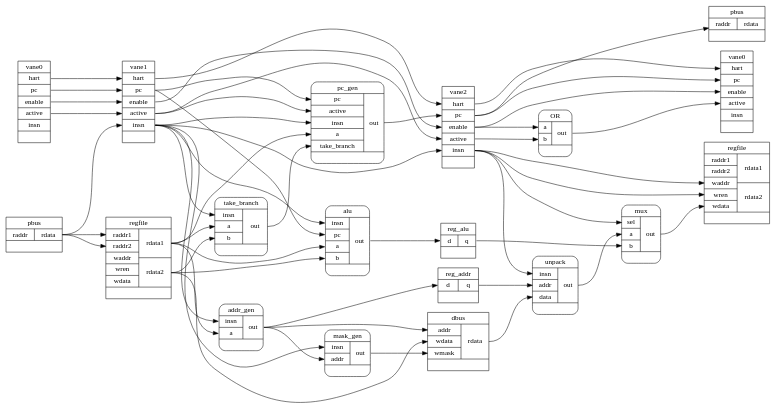
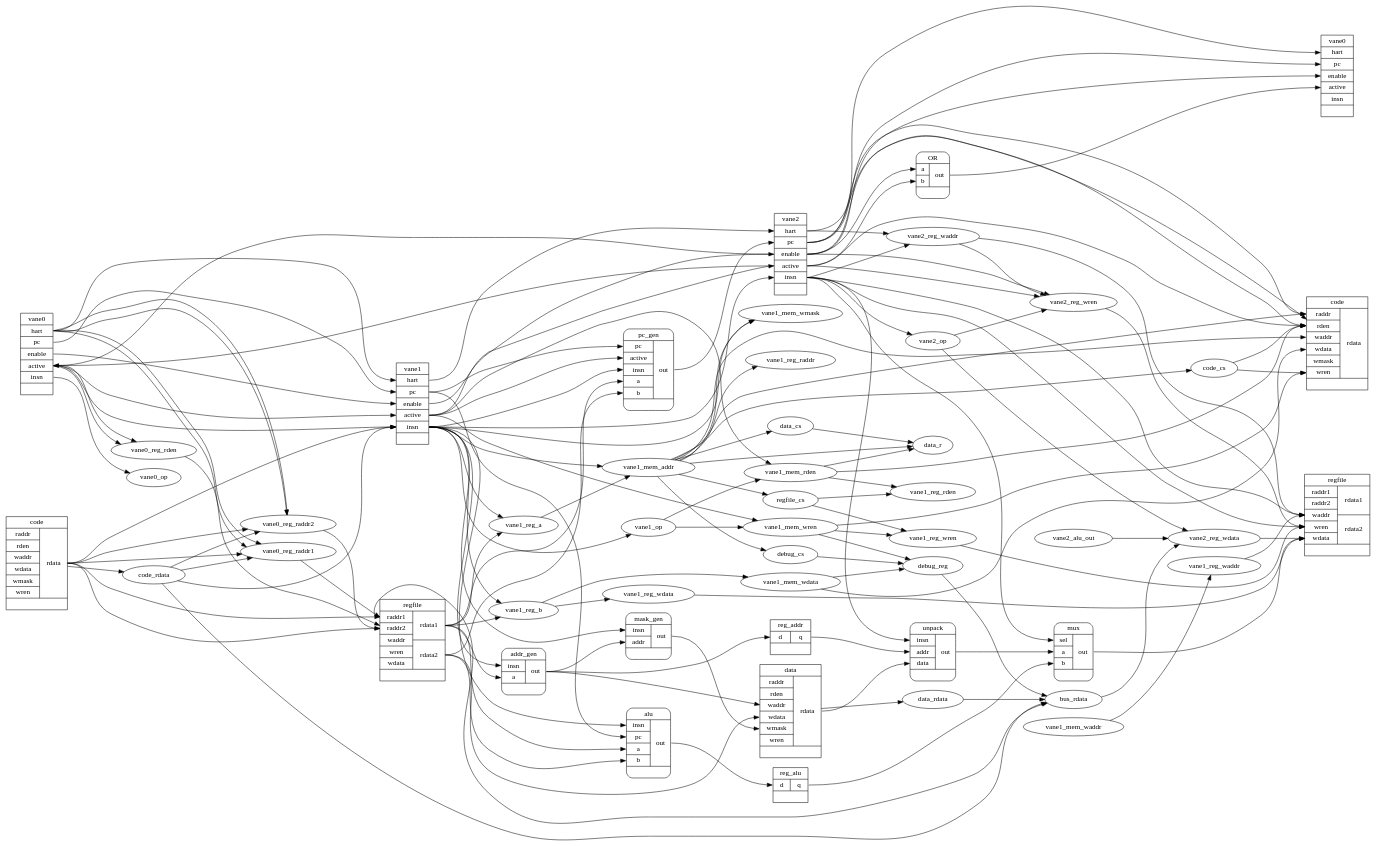
One commit to aappleby/pinwheel changed the diagram in pinwheel_diagram.dot. Above: the diagram before and after it, drawn with Graphviz. The commit also changed 6 other files, not shown here.

```diff
--- a/pinwheel_diagram.dot
+++ b/pinwheel_diagram.dot
@@ -4,29 +4,28 @@
 
     rank="same" {
         vane0
-        pbus_l
+        code_l
     }
 
     rank="same" {
         vane1
-        regfile_r
+        regfile_l
     }
 
     rank="same" {
         vane2
         reg_alu
         reg_addr
-        dbus
+        data
     }
 
     rank="same" {
         vane3
-        regfile_w
-        pbus_r
+        regfile_r
+        code_r
     }
 
     rank="same" {
-        take_branch
         addr_gen
     }
 
@@ -66,10 +65,10 @@
 
     vane2:hart   -> vane3:hart
     vane2:pc     -> vane3:pc
-    vane2:pc     -> pbus_r:addr
+    vane2:pc     -> code_r:addr
     vane2:insn   -> writeback_mux:sel
-    vane2:insn   -> regfile_w:wren
-    vane2:insn   -> regfile_w:waddr
+    vane2:insn   -> regfile_r:wren
+    vane2:insn   -> regfile_r:waddr
     vane2:insn   -> unpack:insn
     vane2:enable -> vane3:enable
     vane2:enable -> OR:a
@@ -80,51 +79,151 @@
 
     //----------
 
-
     vane3 [shape="record" label="<top>vane0|<hart>hart|<pc>pc|<enable>enable|<active>active|<insn>insn|"]
 
     //----------
 
-    take_branch [shape="Mrecord" label="<top>take_branch|{{<insn>insn|<a>a|<b>b}|<out>out}|"]
-
-    vane1:insn -> take_branch:insn
-    regfile_r:rdata1 -> take_branch:a
-    regfile_r:rdata2 -> take_branch:b
-    take_branch:out -> pc_gen:take_branch
-
-    //----------
-
     addr_gen [shape="Mrecord" label="<top>addr_gen|{{<insn>insn|<a>a}|<out>out}|"]
-    addr_gen:out -> dbus:addr
+    addr_gen:out -> data:addr
     addr_gen:out -> reg_addr:d
 
     mask_gen [shape="Mrecord" label="<top>mask_gen|{{<insn>insn|<addr>addr}|<out>out}|"]
     vane1:insn -> mask_gen:insn
     addr_gen:out -> mask_gen:addr
-    mask_gen:out -> dbus:wmask
+    mask_gen:out -> data:wmask
 
     //----------
 
-    pbus_l [shape="record" label="<top>pbus|{<raddr>raddr|<rdata>rdata}|"]
-    pbus_r [shape="record" label="<top>pbus|{<raddr>raddr|<rdata>rdata}|"]
-    pbus_l:rdata -> regfile_r:raddr1
-    pbus_l:rdata -> regfile_r:raddr2
-    pbus_l:rdata -> vane1:insn
+    code_l [shape="record" label="<top>code|{{<raddr>raddr|<rden>rden|<waddr>waddr|<wdata>wdata|<wmask>wmask|<wren>wren}|<rdata>rdata}|"]
+    code_r [shape="record" label="<top>code|{{<raddr>raddr|<rden>rden|<waddr>waddr|<wdata>wdata|<wmask>wmask|<wren>wren}|<rdata>rdata}|"]
+    code_l:rdata -> regfile_l:raddr1
+    code_l:rdata -> regfile_l:raddr2
+    code_l:rdata -> vane1:insn
+    vane0:active -> vane0_reg_rden
+
+    code_l:out -> code_rdata
+    data:out -> data_rdata
+
+    code_rdata -> bus_rdata
+    regfile_l:raddr1 -> bus_rdata
+    data_rdata -> bus_rdata
+    debug_reg -> bus_rdata
+
+    vane0:insn -> vane0_op
+    vane1:insn -> vane1_op
+    vane2:insn -> vane2_op
+
+    vane1:insn     -> vane1_reg_a
+    regfile_l:rdata1->vane1_reg_a
+
+    vane1:insn     -> vane1_reg_b
+    regfile_l:rdata1->vane1_reg_b
+
+    vane0:hart   -> vane0_reg_raddr1
+    code_l:rdata -> vane0_reg_raddr1
+    vane0:hart   -> vane0_reg_raddr2
+    code_l:rdata -> vane0_reg_raddr2
+
+    vane1:insn -> vane1_mem_addr
+    vane1_reg_a -> vane1_mem_addr
+
+    vane1:active -> vane1_mem_rden
+    vane1_op     -> vane1_mem_rden
+    vane1:active -> vane1_mem_wren
+    vane1_op     -> vane1_mem_wren
+
+    vane1_reg_b -> vane1_mem_wdata
+    vane1:insn -> vane1_mem_wmask
+    vane1_mem_addr -> vane1_mem_wmask
+
+    vane1_mem_addr -> code_cs
+    vane1_mem_addr -> data_cs
+    vane1_mem_addr -> debug_cs
+    vane1_mem_addr -> regfile_cs
+
+    vane1_mem_addr -> data_r:addr
+    vane1_mem_rden -> data_r:cs
+    data_cs        -> data_r:cs
+
+    vane1_mem_wren  -> debug_reg
+    debug_cs        -> debug_reg
+    vane1_mem_wdata -> debug_reg
+
+    vane0:hart -> vane0_reg_raddr1
+    code_rdata -> vane0_reg_raddr1
+    vane0:hart -> vane0_reg_raddr2
+    code_rdata -> vane0_reg_raddr2
+    vane0:active -> vane0_reg_rden
+
+    vane1_mem_addr -> vane1_reg_raddr
+    vane1_mem_rden -> vane1_reg_rden
+    regfile_cs     -> vane1_reg_rden
+
+    vane0_reg_raddr1 -> regfile_l:raddr1
+    vane0_reg_raddr2 -> regfile_l:raddr2
+    vane0_reg_rden   -> regfile_l:rden
+
+    vane2:hart -> vane2_reg_waddr
+    vane2:insn -> vane2_reg_waddr
+    vane2:enable -> vane2_reg_wren
+    vane2:active -> vane2_reg_wren
+    vane2_reg_waddr -> vane2_reg_wren
+    vane2_op -> vane2_reg_wren
+
+    vane2_op      -> vane2_reg_wdata
+    bus_rdata     -> vane2_reg_wdata
+    vane2_alu_out -> vane2_reg_wdata
+
+    vane1_mem_waddr -> vane1_reg_waddr
+    vane1_mem_wren -> vane1_reg_wren
+    regfile_cs -> vane1_reg_wren
+    vane1_reg_b -> vane1_reg_wdata
+
+    vane2_reg_waddr -> regfile_r:waddr
+    vane2_reg_wdata -> regfile_r:wdata
+    vane2_reg_wren  -> regfile_r:wren
+
+    vane1_reg_waddr -> regfile_r:waddr
+    vane1_reg_wdata -> regfile_r:wdata
+    vane1_reg_wren  -> regfile_r:wren
+
+    vane2:enable -> code_r:rden
+    vane2:active -> code_r:rden
+    vane2:pc     -> code_r:raddr
+
+    vane1_mem_addr -> code_r:raddr
+    vane1_mem_rden -> code_r:rden
+    code_cs        -> code_r:rden
+
+    vane1_mem_addr  -> code_r:waddr
+    vane1_mem_wdata -> code_r:wdata
+    vane1_mem_wren  -> code_r:wren
+    code_cs         -> code_r:wren
+
+    vane2:enable -> vane0:active
+    vane2:active -> vane0:active
+
+    vane0:active -> vane1:insn
+    code_rdata -> vane1:insn
+
+
+
 
     //----------
 
-    dbus [shape="record" label="<top>dbus|{{<addr>addr|<wdata>wdata|<wmask>wmask}|<rdata>rdata}|"]
-    dbus:rdata -> unpack:data
+    data [shape="record" label="<top>data|{{<raddr>raddr|<rden>rden|<waddr>waddr|<wdata>wdata|<wmask>wmask|<wren>wren}|<rdata>rdata}|"]
+    data:rdata -> unpack:data
 
     //----------
 
-    regfile_r [shape="record" label="<top>regfile|{{<raddr1>raddr1|<raddr2>raddr2|<waddr>waddr|<wren>wren|<wdata>wdata}|{<rdata1>rdata1|<rdata2>rdata2}}|"]
-    regfile_w [shape="record" label="<top>regfile|{{<raddr1>raddr1|<raddr2>raddr2|<waddr>waddr|<wren>wren|<wdata>wdata}|{<rdata1>rdata1|<rdata2>rdata2}}|"];
-    regfile_r:rdata1 -> addr_gen:a
-    regfile_r:rdata2 -> dbus:wdata
-    regfile_r:rdata1 -> alu:a
-    regfile_r:rdata2 -> alu:b
-    regfile_r:rdata1 -> pc_gen:a
+    regfile_l [shape="record" label="<top>regfile|{{<raddr1>raddr1|<raddr2>raddr2|<waddr>waddr|<wren>wren|<wdata>wdata}|{<rdata1>rdata1|<rdata2>rdata2}}|"]
+    regfile_r [shape="record" label="<top>regfile|{{<raddr1>raddr1|<raddr2>raddr2|<waddr>waddr|<wren>wren|<wdata>wdata}|{<rdata1>rdata1|<rdata2>rdata2}}|"];
+    regfile_l:rdata1 -> addr_gen:a
+    regfile_l:rdata2 -> data:wdata
+    regfile_l:rdata1 -> alu:a
+    regfile_l:rdata2 -> alu:b
+    regfile_l:rdata1 -> pc_gen:a
+    regfile_l:rdata2 -> pc_gen:b
 
     //----------
 
@@ -145,7 +244,7 @@
 
     //----------
 
-    pc_gen [shape="Mrecord" label="<top>pc_gen|{ {<pc>pc|<active>active|<insn>insn|<a>a|<take_branch>take_branch} | <out>out }|"]
+    pc_gen [shape="Mrecord" label="<top>pc_gen|{ {<pc>pc|<active>active|<insn>insn|<a>a|<b>b} | <out>out }|"]
     pc_gen:out -> vane2:pc
 
     //----------
@@ -156,5 +255,5 @@
     //----------
 
     writeback_mux [shape="Mrecord" label="mux|{{<sel>sel|<a>a|<b>b} | <out>out }|"]
-    writeback_mux:out -> regfile_w:wdata
+    writeback_mux:out -> regfile_r:wdata
 }
```
